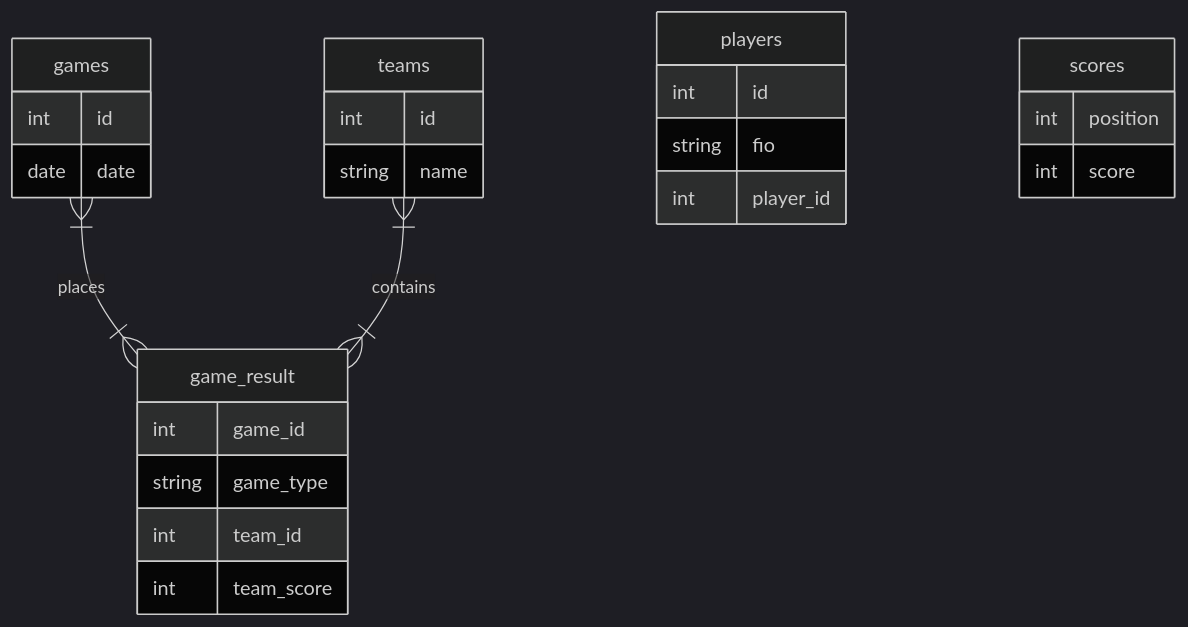
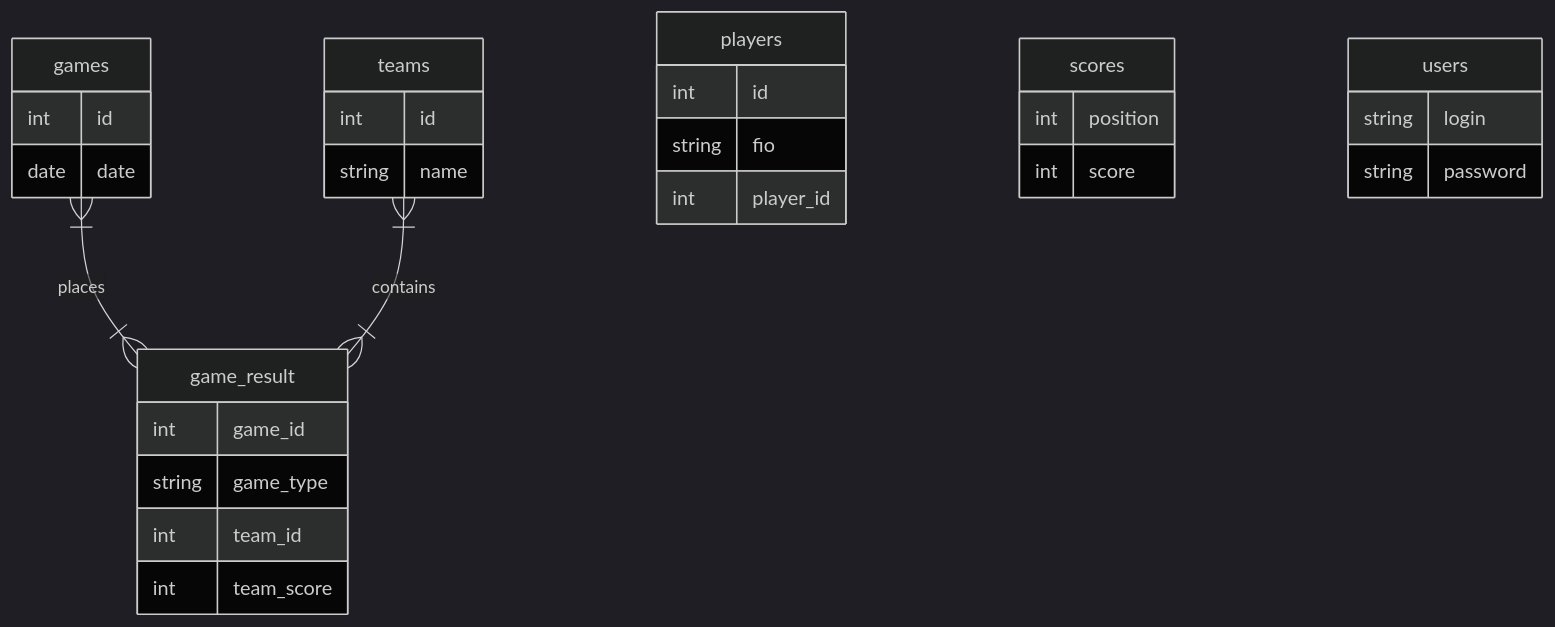
The diagram in readme.md (dim5x/statistika), drawn with Mermaid (dark theme) before and after one commit. The commit also changed other lines of this file, not shown here.

````diff
--- a/readme.md
+++ b/readme.md
@@ -82,28 +92,32 @@
 ```mermaid
 erDiagram
     games }|--|{ game_result : places
     games {
         int id
         date date
     }
     teams }|--|{ game_result : contains
     teams {
         int id
         string name
     }
     game_result {
         int game_id
         string game_type
         int team_id
         int team_score
     }
     players{
         int id
         string fio
         int player_id
     }
     scores{
         int position
         int score
     }
+    users{
+        string login
+        string password
+    }
 ```
````
